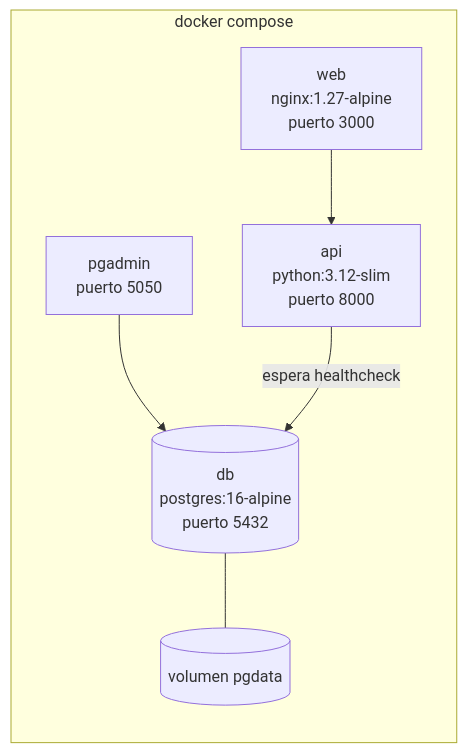
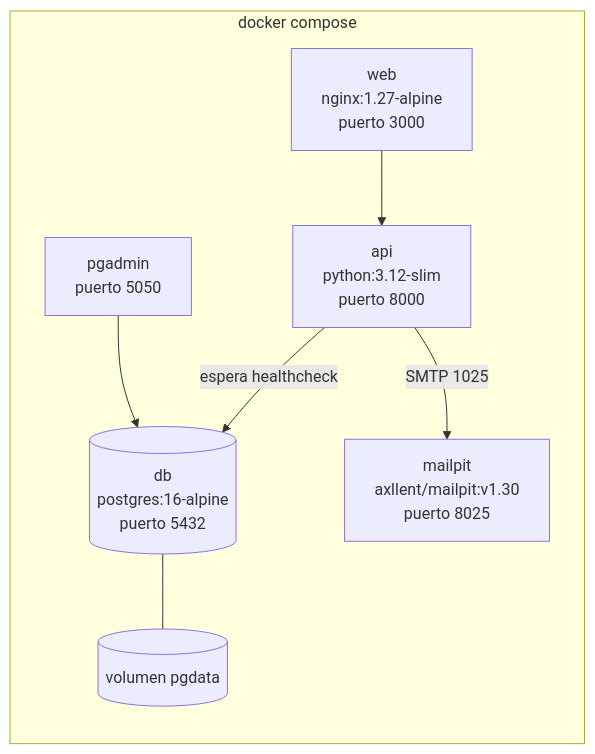
One commit to tobiasceruttigothe/TP-DAO changed the fifth of 5 diagrams in docs/arquitectura.md. Above: the diagram before and after it, drawn with Mermaid. The commit also changed other lines of this file and 7 other files, not shown here.

````diff
--- a/docs/arquitectura.md
+++ b/docs/arquitectura.md
@@ -221,9 +315,10 @@
 ```mermaid
 flowchart LR
     subgraph docker compose
         WEB[web<br/>nginx:1.27-alpine<br/>puerto 3000] --> API
         PGA[pgadmin<br/>puerto 5050] --> DB
         API[api<br/>python:3.12-slim<br/>puerto 8000] -- espera healthcheck --> DB[(db<br/>postgres:16-alpine<br/>puerto 5432)]
+        API -- SMTP 1025 --> MP[mailpit<br/>axllent/mailpit:v1.30<br/>puerto 8025]
         DB --- VOL[(volumen pgdata)]
     end
 ```
````
